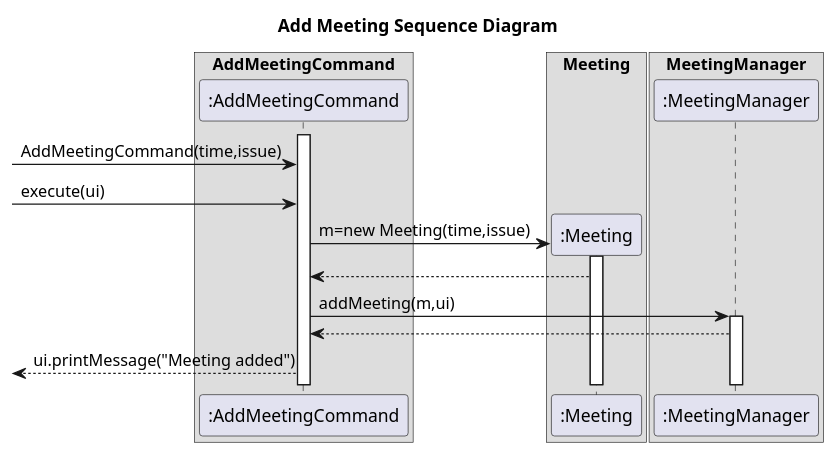
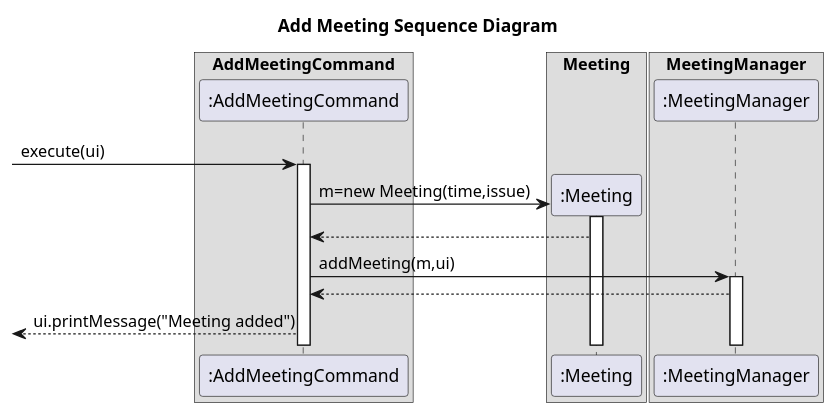
Before and after one commit to nus-cs2113-AY2223S2/tp: the diagram in docs/uml/AddMeetingCommandSequenceDiagram.puml, drawn with PlantUML. The commit also changed 3 other files, not shown here.

Commit message:
update diagrams

```diff
--- a/docs/uml/AddMeetingCommandSequenceDiagram.puml
+++ b/docs/uml/AddMeetingCommandSequenceDiagram.puml
@@ -1,29 +1,28 @@
 @startuml
 title Add Meeting Sequence Diagram
 box "AddMeetingCommand"
 participant ":AddMeetingCommand" as AddMeetingCommand
 endbox
 
 box "Meeting"
 participant ":Meeting" as Meeting
 endbox
 
 box "MeetingManager"
 participant ":MeetingManager" as MeetingManager
 endbox
 
+
+->AddMeetingCommand:execute(ui)
 Activate AddMeetingCommand
-->AddMeetingCommand:AddMeetingCommand(time,issue)
-->AddMeetingCommand:execute(ui)
-
 
 create Meeting
 AddMeetingCommand->Meeting++:m=new Meeting(time,issue)
 Meeting-->AddMeetingCommand
 
 AddMeetingCommand->MeetingManager:addMeeting(m,ui)
 Activate MeetingManager
 MeetingManager-->AddMeetingCommand
 
 <-- AddMeetingCommand: ui.printMessage("Meeting added")
 @enduml
```
